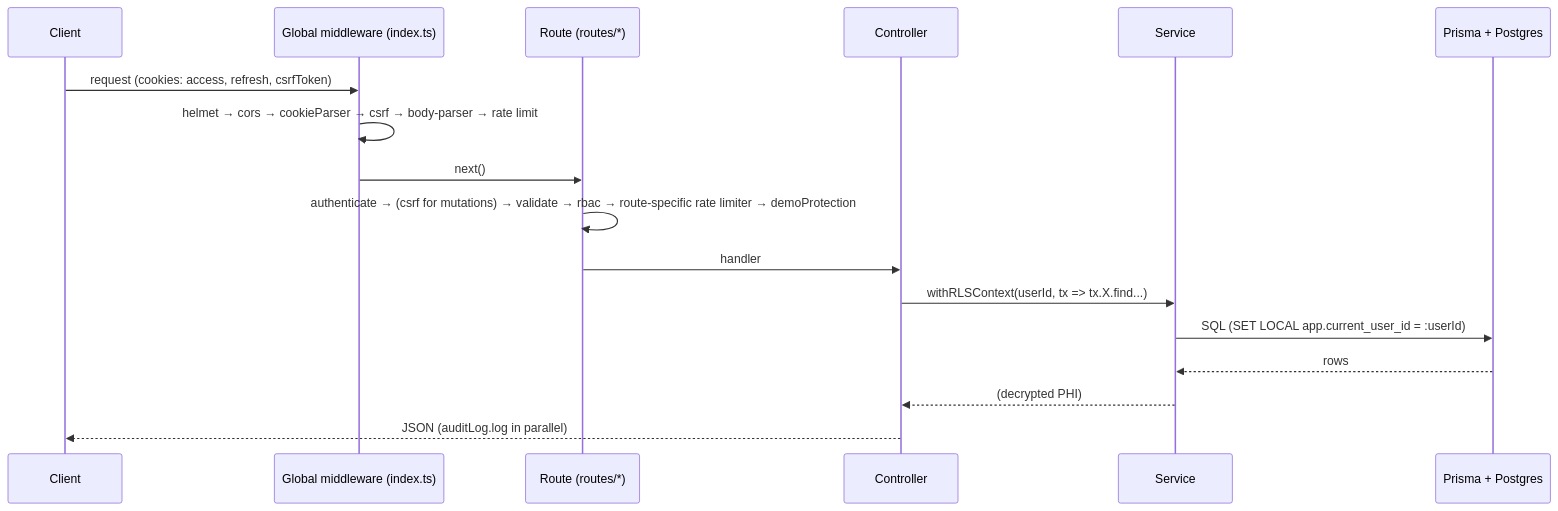
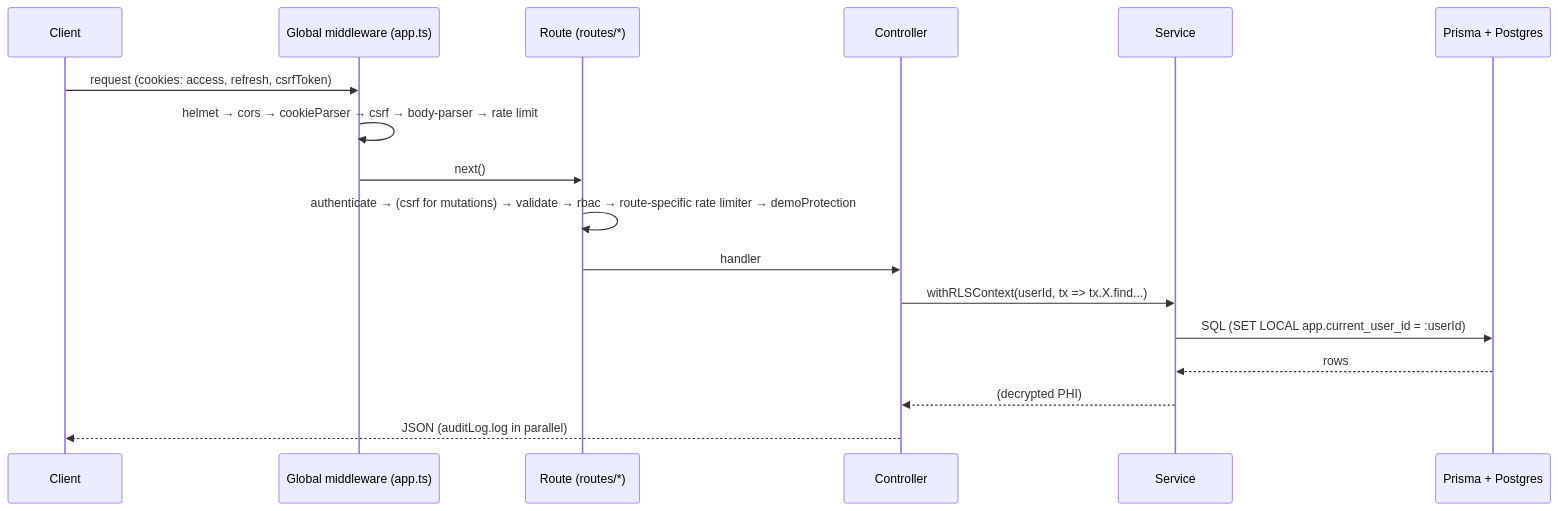
The first of 2 diagrams in prompts/16-architecture-doc.md (breilly1296/OwnMyHealth-Claude), drawn with Mermaid before and after one commit. The commit also changed other lines of this file and 48 other files, not shown here.

````diff
--- a/prompts/16-architecture-doc.md
+++ b/prompts/16-architecture-doc.md
@@ -106,20 +112,20 @@
 ```mermaid
 sequenceDiagram
   participant C as Client
-  participant M as Global middleware (index.ts)
+  participant M as Global middleware (app.ts)
   participant R as Route (routes/*)
   participant Ctl as Controller
   participant Svc as Service
   participant DB as Prisma + Postgres
 
   C->>M: request (cookies: access, refresh, csrfToken)
   M->>M: helmet → cors → cookieParser → csrf → body-parser → rate limit
   M->>R: next()
   R->>R: authenticate → (csrf for mutations) → validate → rbac → route-specific rate limiter → demoProtection
   R->>Ctl: handler
   Ctl->>Svc: withRLSContext(userId, tx => tx.X.find...)
   Svc->>DB: SQL (SET LOCAL app.current_user_id = :userId)
   DB-->>Svc: rows
   Svc-->>Ctl: (decrypted PHI)
   Ctl-->>C: JSON (auditLog.log in parallel)
 ```
````
